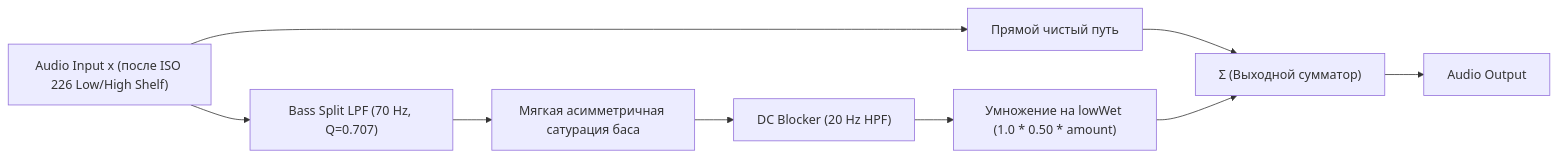
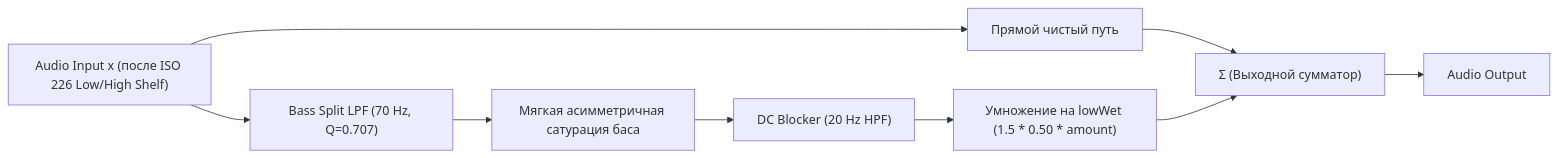
Before and after one commit to djbob2000/FineTunePro: the second of 2 diagrams in docs/dsp/treble_exciter.md, drawn with Mermaid. The commit also changed other lines of this file and 6 other files, not shown here.

````diff
--- a/docs/dsp/treble_exciter.md
+++ b/docs/dsp/treble_exciter.md
@@ -79,11 +79,11 @@
 ```mermaid
 flowchart LR
     In["Audio Input x (после ISO 226 Low/High Shelf)"] --> Dry["Прямой чистый путь"]
     In --> LPF["Bass Split LPF (70 Hz, Q=0.707)"]
     LPF --> Sat["Мягкая асимметричная сатурация баса"]
     Sat --> DC["DC Blocker (20 Hz HPF)"]
-    DC --> WetScale["Умножение на lowWet (1.0 * 0.50 * amount)"]
+    DC --> WetScale["Умножение на lowWet (1.5 * 0.50 * amount)"]
     Dry --> Sum["Σ (Выходной сумматор)"]
     WetScale --> Sum
     Sum --> Out["Audio Output"]
 ```
````
